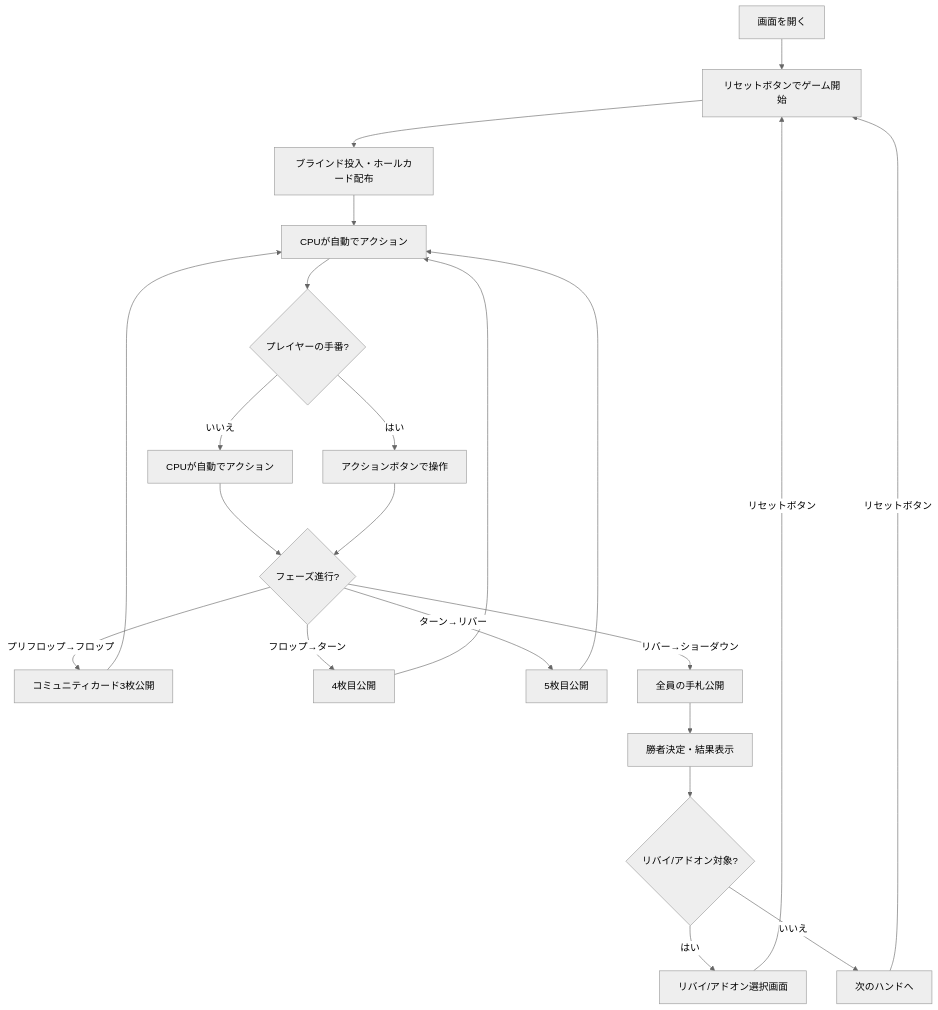
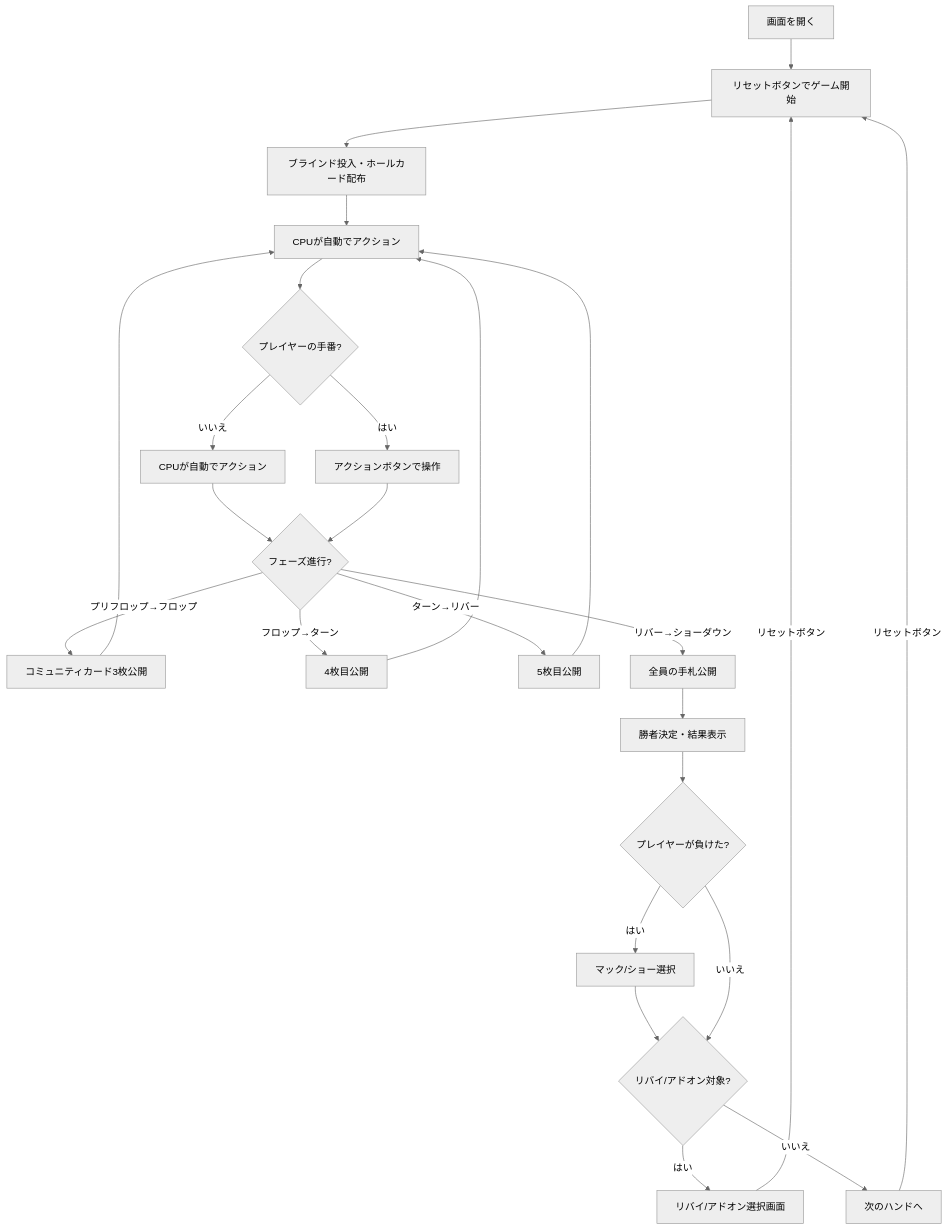
Before and after one commit to yuta-yoshinaga/go_trumpcards: the diagram in docs/manual/web/holdem.md, drawn with Mermaid (neutral theme). The commit also changed other lines of this file and 31 other files, not shown here.

````diff
--- a/docs/manual/web/holdem.md
+++ b/docs/manual/web/holdem.md
@@ -77,24 +78,27 @@
 ```mermaid
 flowchart TD
     A[画面を開く] --> B[リセットボタンでゲーム開始]
     B --> C[ブラインド投入・ホールカード配布]
     C --> D[CPUが自動でアクション]
     D --> E{プレイヤーの手番?}
     E -->|はい| F[アクションボタンで操作]
     E -->|いいえ| G[CPUが自動でアクション]
     G --> H{フェーズ進行?}
     F --> H
     H -->|プリフロップ→フロップ| I[コミュニティカード3枚公開]
     H -->|フロップ→ターン| J[4枚目公開]
     H -->|ターン→リバー| K[5枚目公開]
     H -->|リバー→ショーダウン| L[全員の手札公開]
     I --> D
     J --> D
     K --> D
     L --> M[勝者決定・結果表示]
-    M --> N2{リバイ/アドオン対象?}
+    M --> M2{プレイヤーが負けた?}
+    M2 -->|はい| M3[マック/ショー選択]
+    M3 --> N2{リバイ/アドオン対象?}
+    M2 -->|いいえ| N2{リバイ/アドオン対象?}
     N2 -->|はい| O2[リバイ/アドオン選択画面]
     O2 -->|リセットボタン| B
     N2 -->|いいえ| P2[次のハンドへ]
     P2 -->|リセットボタン| B
 ```
````
